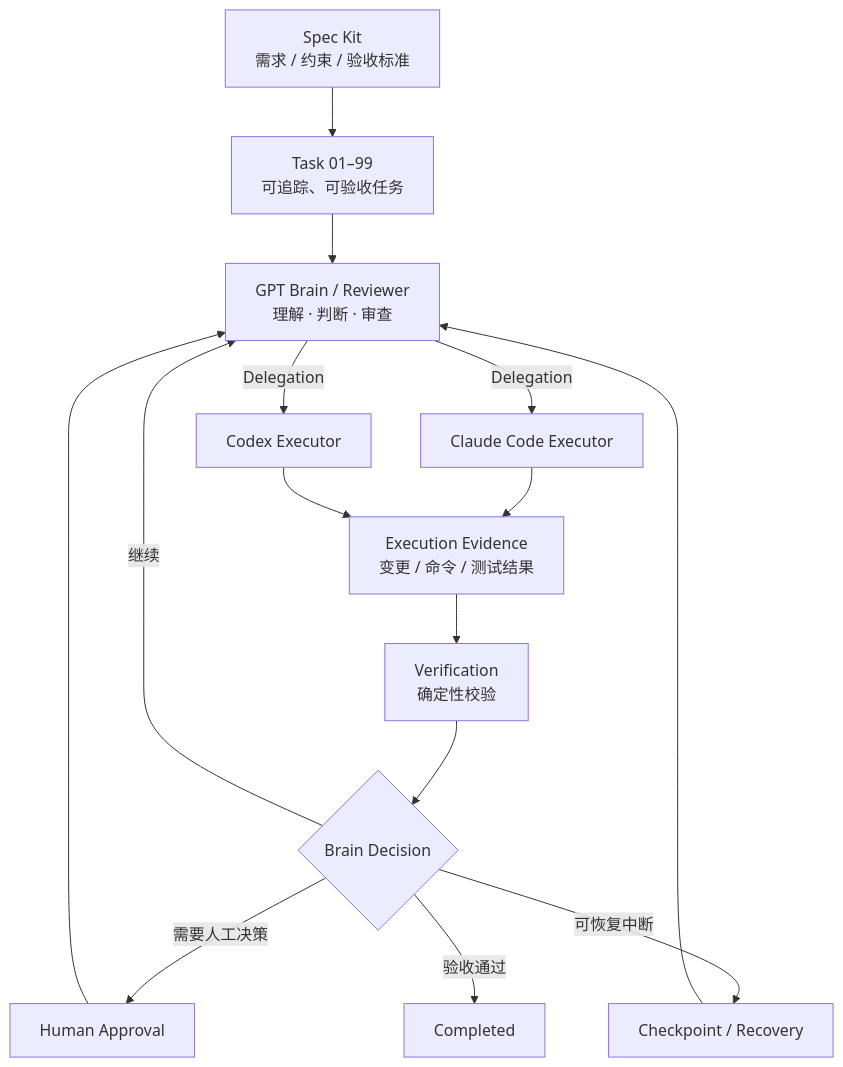
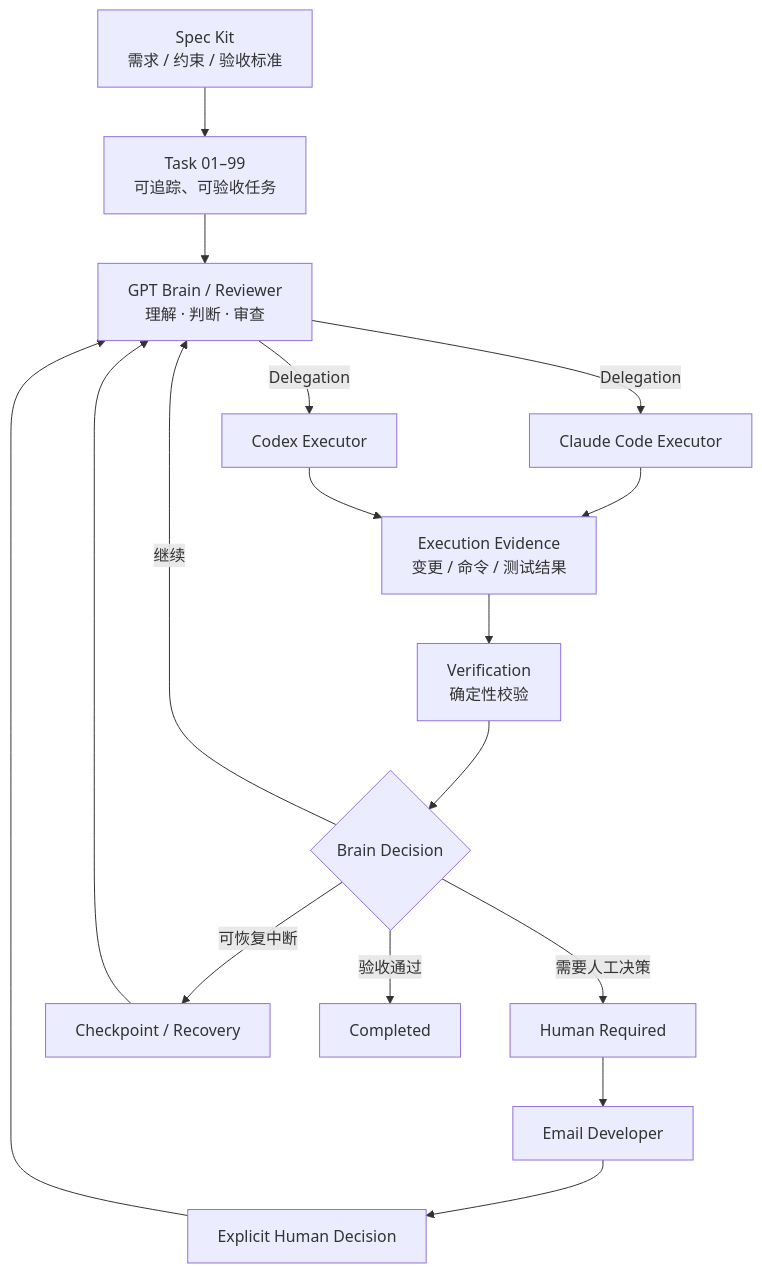
One commit to weijianjunwjj/nova-wing-showcase changed the diagram in README.md. Above: the diagram before and after it, drawn with Mermaid. The commit also changed other lines of this file, not shown here.

Commit message:
docs: feature real runtime evidence and email human-in-the-loop

````diff
--- a/README.md
+++ b/README.md
@@ -51,22 +62,24 @@
 ```mermaid
 flowchart TD
     A["Spec Kit\n需求 / 约束 / 验收标准"] --> B["Task 01–99\n可追踪、可验收任务"]
     B --> C["GPT Brain / Reviewer\n理解 · 判断 · 审查"]
 
     C -->|Delegation| D["Claude Code Executor"]
     C -->|Delegation| E["Codex Executor"]
 
     D --> F["Execution Evidence\n变更 / 命令 / 测试结果"]
     E --> F
 
     F --> G["Verification\n确定性校验"]
     G --> H{"Brain Decision"}
 
     H -->|继续| C
-    H -->|需要人工决策| I["Human Approval"]
+    H -->|需要人工决策| I["Human Required"]
     H -->|可恢复中断| J["Checkpoint / Recovery"]
     H -->|验收通过| K["Completed"]
 
-    I --> C
+    I --> L["Email Developer"]
+    L --> M["Explicit Human Decision"]
+    M --> C
     J --> C
 ```
````
